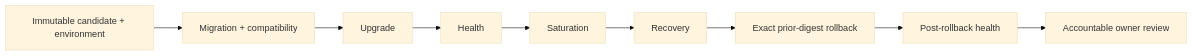
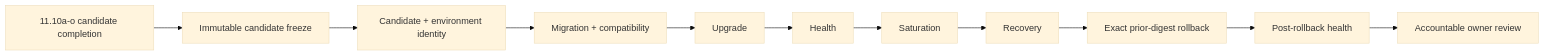
Before and after one commit to GJvManen/dtmo: the diagram in docs/roadmap/PLATFORM_INDUSTRIALISATION_ROADMAP.md, drawn with Mermaid (base theme). The commit also changed other lines of this file, not shown here.

Commit message:
docs: insert bounded unified-workbench candidate completion track

````diff
--- a/docs/roadmap/PLATFORM_INDUSTRIALISATION_ROADMAP.md
+++ b/docs/roadmap/PLATFORM_INDUSTRIALISATION_ROADMAP.md
@@ -111,11 +149,13 @@
 ```mermaid
 flowchart LR
-    I[Immutable candidate + environment] --> M[Migration + compatibility]
+    C[11.10a-o candidate completion] --> F[Immutable candidate freeze]
+    F --> I[Candidate + environment identity]
+    I --> M[Migration + compatibility]
     M --> U[Upgrade]
     U --> H[Health]
     H --> S[Saturation]
     S --> R[Recovery]
     R --> B[Exact prior-digest rollback]
     B --> V[Post-rollback health]
     V --> O[Accountable owner review]
 ```
````
